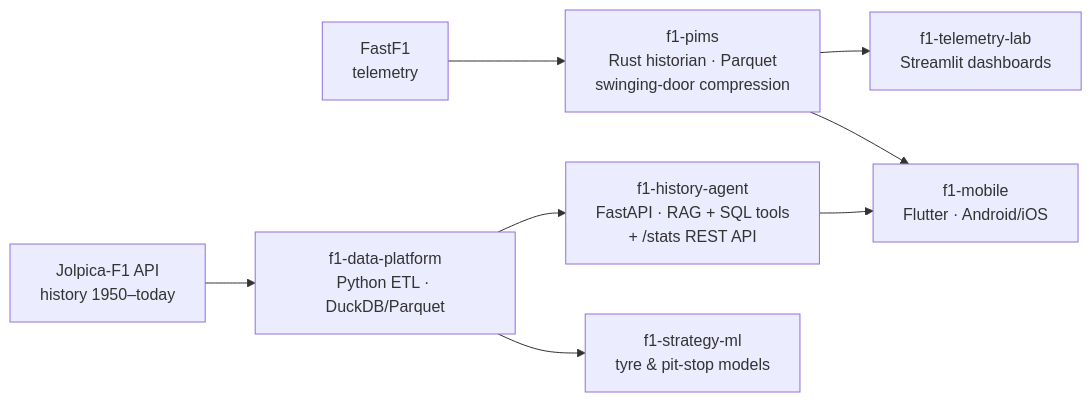
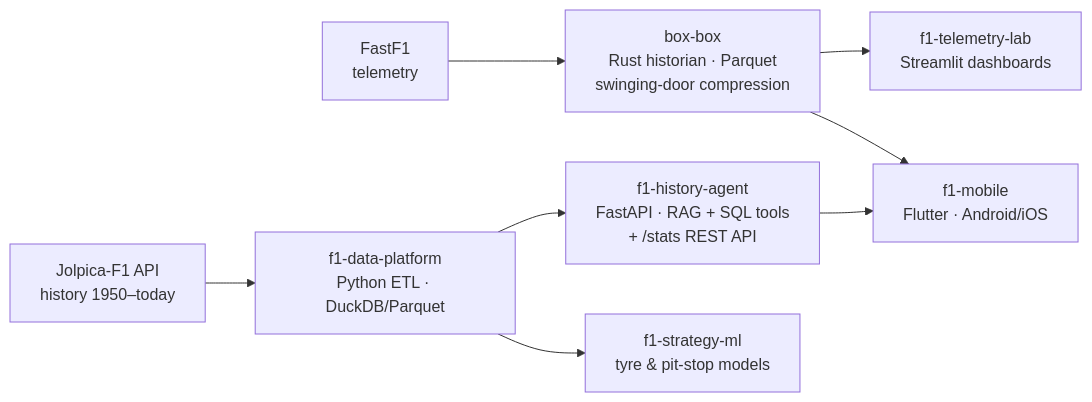
The diagram in README.md (deepcode-data-intelligence/f1-portfolio), drawn with Mermaid before and after one commit. The commit also changed other lines of this file and 46 other files, not shown here.

````diff
--- a/README.md
+++ b/README.md
@@ -23,10 +23,10 @@
 ```mermaid
 flowchart LR
     J[Jolpica-F1 API<br/>history 1950–today] --> DP[f1-data-platform<br/>Python ETL · DuckDB/Parquet]
-    FF[FastF1<br/>telemetry] --> PIMS[f1-pims<br/>Rust historian · Parquet<br/>swinging-door compression]
+    FF[FastF1<br/>telemetry] --> PIMS[box-box<br/>Rust historian · Parquet<br/>swinging-door compression]
     DP --> AG[f1-history-agent<br/>FastAPI · RAG + SQL tools<br/>+ /stats REST API]
     PIMS --> TL[f1-telemetry-lab<br/>Streamlit dashboards]
     DP --> ML[f1-strategy-ml<br/>tyre & pit-stop models]
     AG --> MOB[f1-mobile<br/>Flutter · Android/iOS]
     PIMS --> MOB
 ```
````
